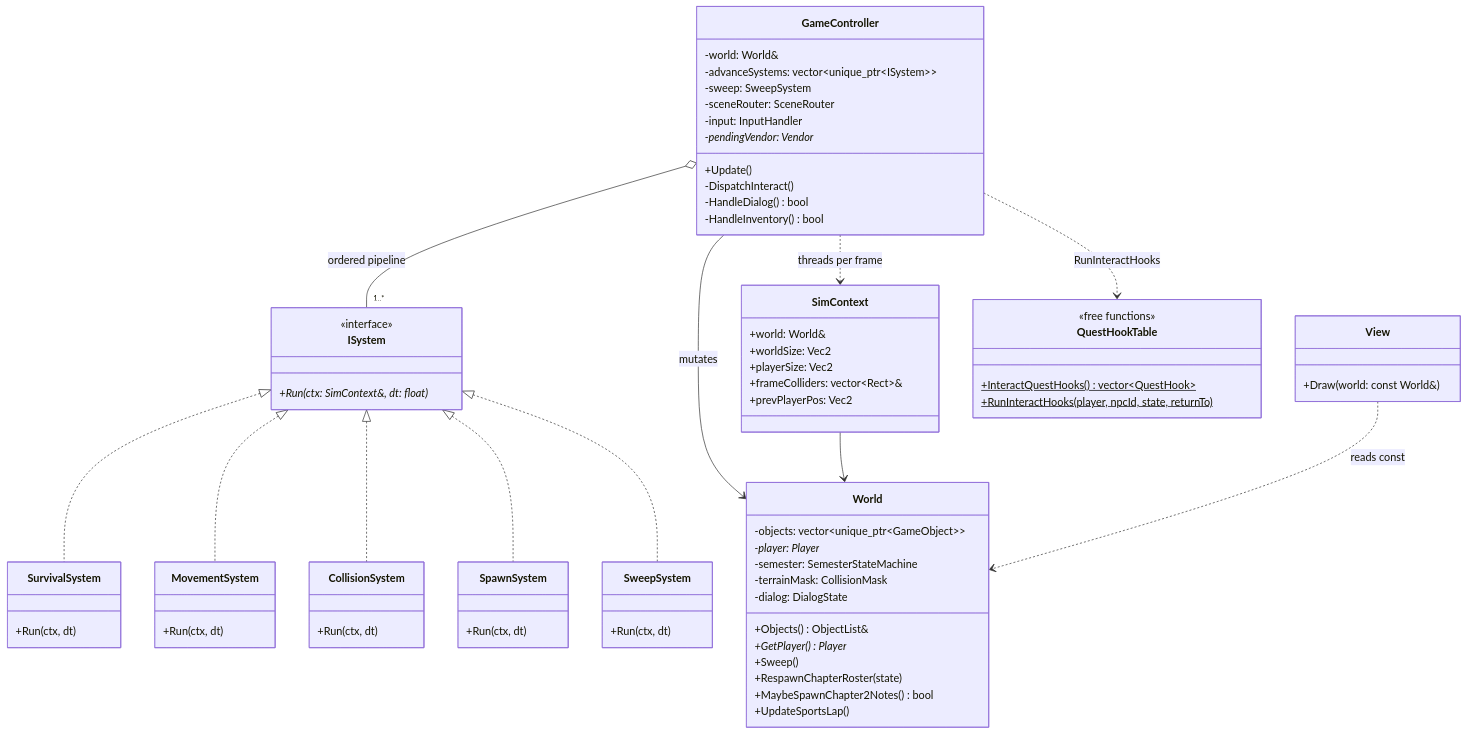
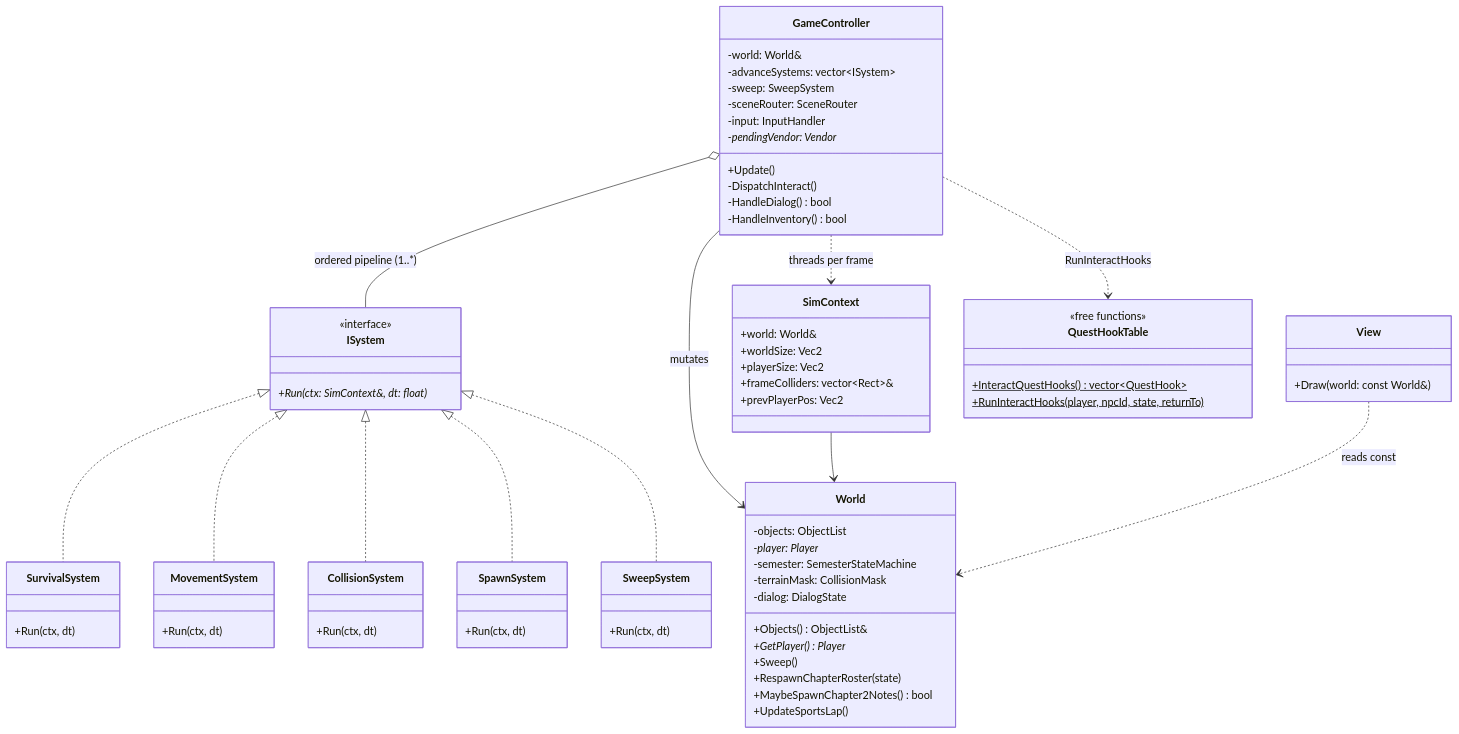
The seventh of 12 diagrams in docs/UML.md (jiangjiangian/ultraplan-sync), drawn with Mermaid before and after one commit.

Commit message:
docs(uml): fix Mermaid render after the state-machine diagram
§3 (MVC + ISystem) was the first diagram GitHub's Mermaid failed to
render ("Could not find a suitable point for the given distance"). Two
GitHub-Mermaid-incompatible constructs, both unique to §3:
- nested generics (vector~unique_ptr~GameObject~~) -> use the real
  ObjectList alias and a single-level vector~ISystem~
- a cardinality label ("1..*") on a short edge, which triggers the
  point-on-path placement failure -> folded into the edge text
§1/§2 rendered precisely because they had neither. Later diagrams use
only valid relations + <br/> notes, so this unblocks the whole file.

````diff
--- a/docs/UML.md
+++ b/docs/UML.md
@@ -437,75 +437,75 @@
 ```mermaid
 classDiagram
     direction TB
     class World {
-        -objects: vector~unique_ptr~GameObject~~
+        -objects: ObjectList
         -player: Player*
         -semester: SemesterStateMachine
         -terrainMask: CollisionMask
         -dialog: DialogState
         +Objects() ObjectList&
         +GetPlayer() Player*
         +Sweep()
         +RespawnChapterRoster(state)
         +MaybeSpawnChapter2Notes() bool
         +UpdateSportsLap()
     }
     class GameController {
         -world: World&
-        -advanceSystems: vector~unique_ptr~ISystem~~
+        -advanceSystems: vector~ISystem~
         -sweep: SweepSystem
         -sceneRouter: SceneRouter
         -input: InputHandler
         -pendingVendor: Vendor*
         +Update()
         -DispatchInteract()
         -HandleDialog() bool
         -HandleInventory() bool
     }
     class View {
         +Draw(world: const World&)
     }
     class ISystem {
         <<interface>>
         +Run(ctx: SimContext&, dt: float)*
     }
     class SimContext {
         +world: World&
         +worldSize: Vec2
         +playerSize: Vec2
         +frameColliders: vector~Rect~&
         +prevPlayerPos: Vec2
     }
     class SurvivalSystem {
         +Run(ctx, dt)
     }
     class MovementSystem {
         +Run(ctx, dt)
     }
     class CollisionSystem {
         +Run(ctx, dt)
     }
     class SpawnSystem {
         +Run(ctx, dt)
     }
     class SweepSystem {
         +Run(ctx, dt)
     }
     class QuestHookTable {
         <<free functions>>
         +InteractQuestHooks()$ vector~QuestHook~
         +RunInteractHooks(player, npcId, state, returnTo)$
     }
 
     ISystem <|.. SurvivalSystem
     ISystem <|.. MovementSystem
     ISystem <|.. CollisionSystem
     ISystem <|.. SpawnSystem
     ISystem <|.. SweepSystem
-    GameController o-- "1..*" ISystem : ordered pipeline
+    GameController o-- ISystem : ordered pipeline (1..*)
     GameController ..> SimContext : threads per frame
     GameController --> World : mutates
     GameController ..> QuestHookTable : RunInteractHooks
     SimContext --> World
     View ..> World : reads const
 ```
````
